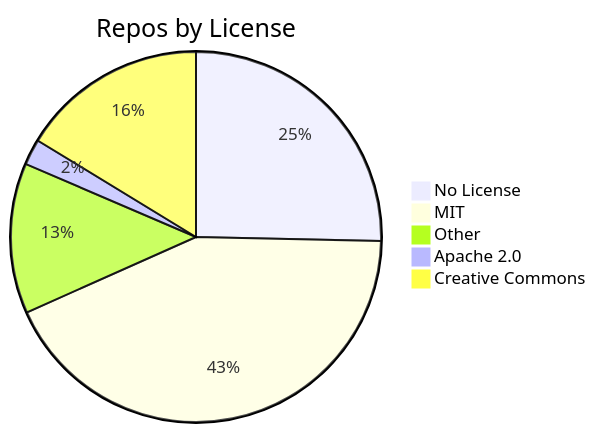
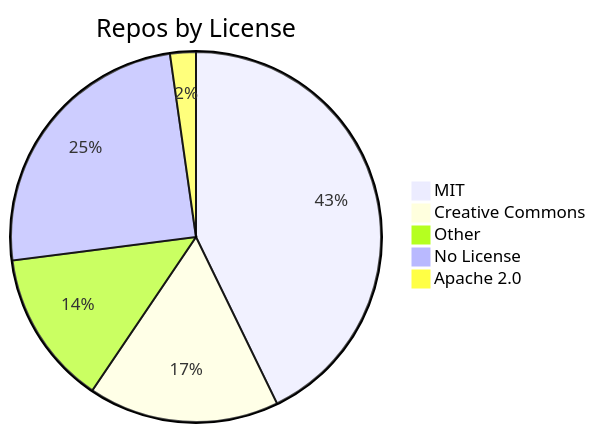
Before and after one commit to jpatterson933/awesome-mcp-server-repo-index: the diagram in README.md, drawn with Mermaid. The commit also changed other lines of this file and 7 other files, not shown here.

````diff
--- a/README.md
+++ b/README.md
@@ -31,8 +31,8 @@
 ```mermaid
 pie title Repos by License
-    "No License" : 56
     "MIT" : 95
-    "Other" : 29
+    "Creative Commons" : 37
+    "Other" : 30
+    "No License" : 55
     "Apache 2.0" : 5
-    "Creative Commons" : 36
 ```
````
